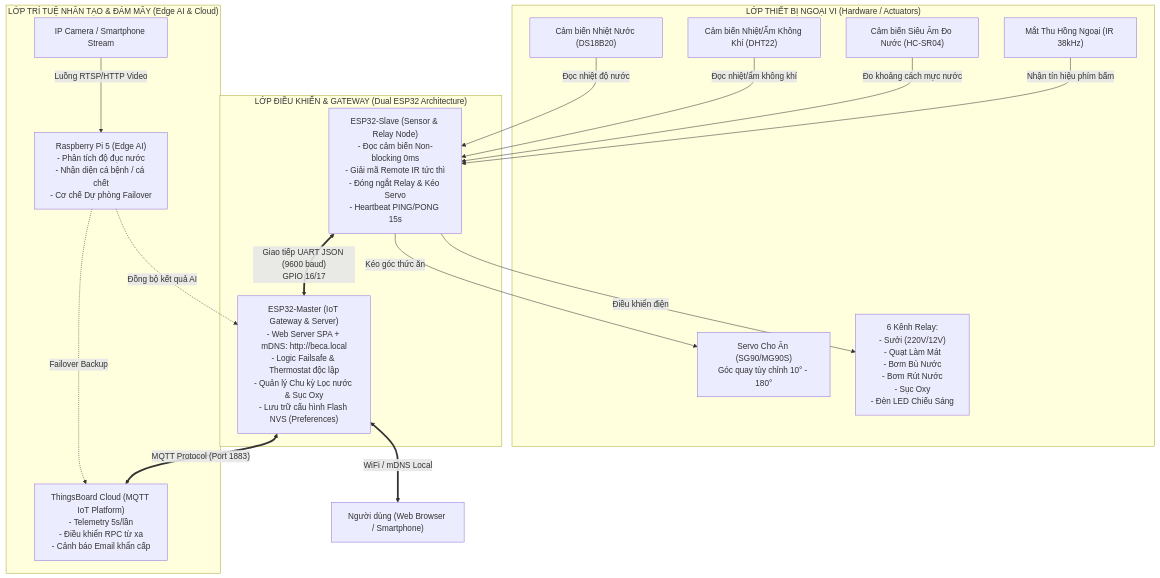
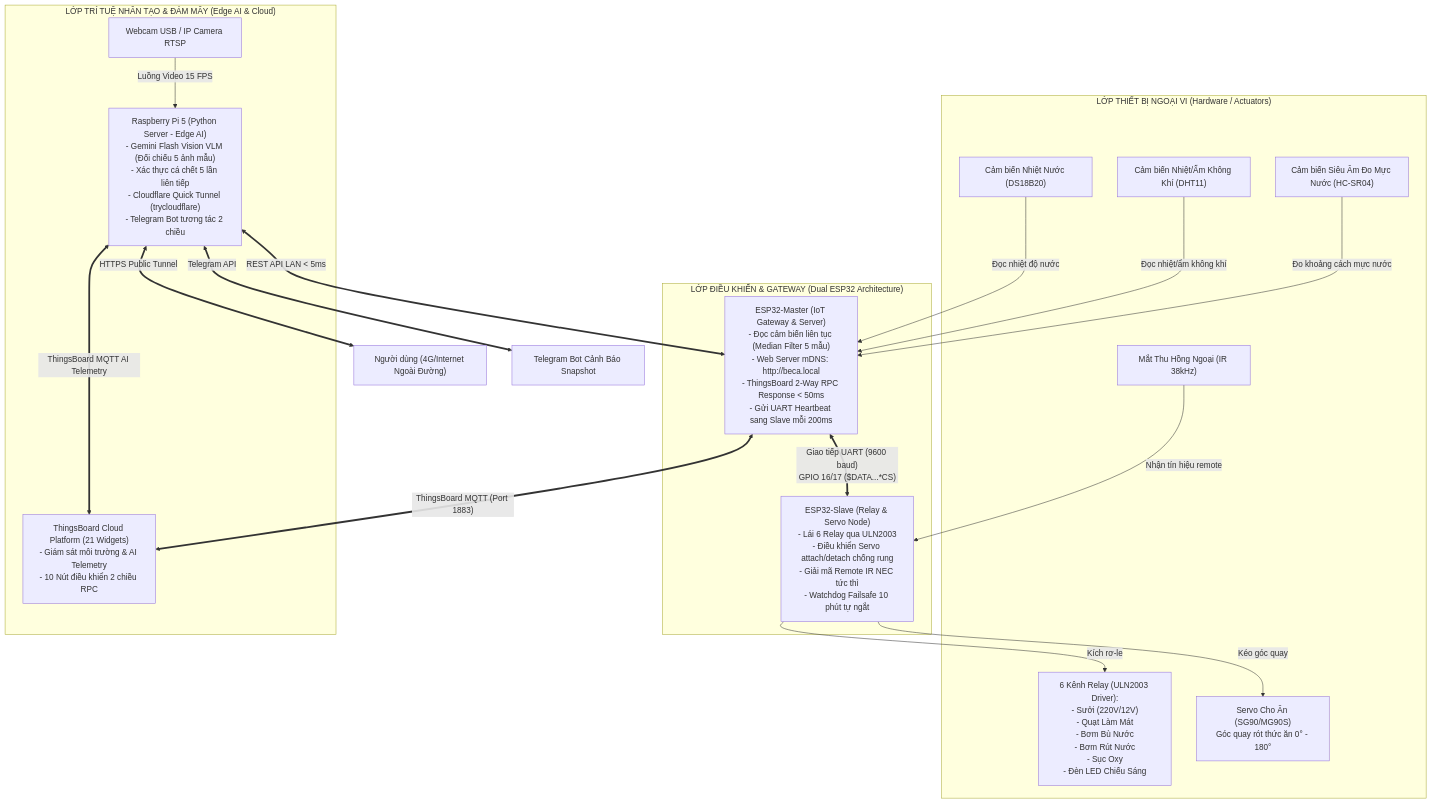
Before and after one commit to talkwitht21-stack/HE_THONG_BE_CA_SIC: the diagram in README.md, drawn with Mermaid. The commit also changed other lines of this file, not shown here.

````diff
--- a/README.md
+++ b/README.md
@@ -46,43 +47,46 @@
 ```mermaid
 graph TD
-    %% Khối Cảm biến & Cơ cấu chấp hành
+    %% Khối Ngoại vi
     subgraph HardwareLayer ["LỚP THIẾT BỊ NGOẠI VI (Hardware / Actuators)"]
         DS18B20["Cảm biến Nhiệt Nước (DS18B20)"]
-        DHT22["Cảm biến Nhiệt/Ẩm Không Khí (DHT22)"]
-        HCSR04["Cảm biến Siêu Âm Đo Nước (HC-SR04)"]
+        DHT11["Cảm biến Nhiệt/Ẩm Không Khí (DHT11)"]
+        HCSR04["Cảm biến Siêu Âm Đo Mực Nước (HC-SR04)"]
         IR_REC["Mắt Thu Hồng Ngoại (IR 38kHz)"]
         
-        RELAYS["6 Kênh Relay:<br/>- Sưởi (220V/12V)<br/>- Quạt Làm Mát<br/>- Bơm Bù Nước<br/>- Bơm Rút Nước<br/>- Sục Oxy<br/>- Đèn LED Chiếu Sáng"]
-        SERVO["Servo Cho Ăn (SG90/MG90S)<br/>Góc quay tùy chỉnh 10° - 180°"]
+        RELAYS["6 Kênh Relay (ULN2003 Driver):<br/>- Sưởi (220V/12V)<br/>- Quạt Làm Mát<br/>- Bơm Bù Nước<br/>- Bơm Rút Nước<br/>- Sục Oxy<br/>- Đèn LED Chiếu Sáng"]
+        SERVO["Servo Cho Ăn (SG90/MG90S)<br/>Góc quay rót thức ăn 0° - 180°"]
     end
 
     %% Khối Vi Điều Khiển
     subgraph ControllerLayer ["LỚP ĐIỀU KHIỂN & GATEWAY (Dual ESP32 Architecture)"]
-        ESPSlave["ESP32-Slave (Sensor & Relay Node)<br/>- Đọc cảm biến Non-blocking 0ms<br/>- Giải mã Remote IR tức thì<br/>- Đóng ngắt Relay & Kéo Servo<br/>- Heartbeat PING/PONG 15s"]
-        ESPMaster["ESP32-Master (IoT Gateway & Server)<br/>- Web Server SPA + mDNS: http://beca.local<br/>- Logic Failsafe & Thermostat độc lập<br/>- Quản lý Chu kỳ Lọc nước & Sục Oxy<br/>- Lưu trữ cấu hình Flash NVS (Preferences)"]
+        ESPMaster["ESP32-Master (IoT Gateway & Server)<br/>- Đọc cảm biến liên tục (Median Filter 5 mẫu)<br/>- Web Server mDNS: http://beca.local<br/>- ThingsBoard 2-Way RPC Response < 50ms<br/>- Gửi UART Heartbeat sang Slave mỗi 200ms"]
+        ESPSlave["ESP32-Slave (Relay & Servo Node)<br/>- Lái 6 Relay qua ULN2003<br/>- Điều khiển Servo attach/detach chống rung<br/>- Giải mã Remote IR NEC tức thì<br/>- Watchdog Failsafe 10 phút tự ngắt"]
     end
 
     %% Khối AI & Đám mây
     subgraph CloudAndAI ["LỚP TRÍ TUỆ NHÂN TẠO & ĐÁM MÂY (Edge AI & Cloud)"]
-        IPCam["IP Camera / Smartphone Stream"]
-        RPi5["Raspberry Pi 5 (Edge AI)<br/>- Phân tích độ đục nước<br/>- Nhận diện cá bệnh / cá chết<br/>- Cơ chế Dự phòng Failover"]
-        ThingsBoard["ThingsBoard Cloud (MQTT IoT Platform)<br/>- Telemetry 5s/lần<br/>- Điều khiển RPC từ xa<br/>- Cảnh báo Email khẩn cấp"]
+        Camera["Webcam USB / IP Camera RTSP"]
+        RPi5["Raspberry Pi 5 (Python Server - Edge AI)<br/>- Gemini Flash Vision VLM (Đối chiếu 5 ảnh mẫu)<br/>- Xác thực cá chết 5 lần liên tiếp<br/>- Cloudflare Quick Tunnel (trycloudflare)<br/>- Telegram Bot tương tác 2 chiều"]
+        ThingsBoard["ThingsBoard Cloud Platform (21 Widgets)<br/>- Giám sát môi trường & AI Telemetry<br/>- 10 Nút điều khiển 2 chiều RPC"]
     end
 
-    %% Kết nối vật lý và truyền thông
-    DS18B20 -->|"Đọc nhiệt độ nước"| ESPSlave
-    DHT22 -->|"Đọc nhiệt/ẩm không khí"| ESPSlave
-    HCSR04 -->|"Đo khoảng cách mực nước"| ESPSlave
-    IR_REC -->|"Nhận tín hiệu phím bấm"| ESPSlave
+    %% Kết nối
+    DS18B20 -->|"Đọc nhiệt độ nước"| ESPMaster
+    DHT11 -->|"Đọc nhiệt/ẩm không khí"| ESPMaster
+    HCSR04 -->|"Đo khoảng cách mực nước"| ESPMaster
     
-    ESPSlave -->|"Điều khiển điện"| RELAYS
-    ESPSlave -->|"Kéo góc thức ăn"| SERVO
+    IR_REC -->|"Nhận tín hiệu remote"| ESPSlave
+    ESPSlave -->|"Kích rơ-le"| RELAYS
+    ESPSlave -->|"Kéo góc quay"| SERVO
 
-    ESPSlave <==>|"Giao tiếp UART JSON (9600 baud)<br/>GPIO 16/17"| ESPMaster
-    IPCam -->|"Luồng RTSP/HTTP Video"| RPi5
-    RPi5 -.->|"Đồng bộ kết quả AI"| ESPMaster
-
-    ESPMaster <==>|"WiFi / mDNS Local"| WebClient["Người dùng (Web Browser / Smartphone)"]
-    ESPMaster <==>|"MQTT Protocol (Port 1883)"| ThingsBoard
-    RPi5 -.->|"Failover Backup"| ThingsBoard
+    ESPMaster <==>|"Giao tiếp UART (9600 baud)<br/>GPIO 16/17 ($DATA...*CS)"| ESPSlave
+    
+    Camera -->|"Luồng Video 15 FPS"| RPi5
+    RPi5 <==>|"REST API LAN < 5ms"| ESPMaster
+    
+    ESPMaster <==>|"ThingsBoard MQTT (Port 1883)"| ThingsBoard
+    RPi5 <==>|"ThingsBoard MQTT AI Telemetry"| ThingsBoard
+    
+    RPi5 <==>|"HTTPS Public Tunnel"| RemoteUser["Người dùng (4G/Internet Ngoài Đường)"]
+    RPi5 <==>|"Telegram API"| TgBot["Telegram Bot Cảnh Báo Snapshot"]
 ```
````
